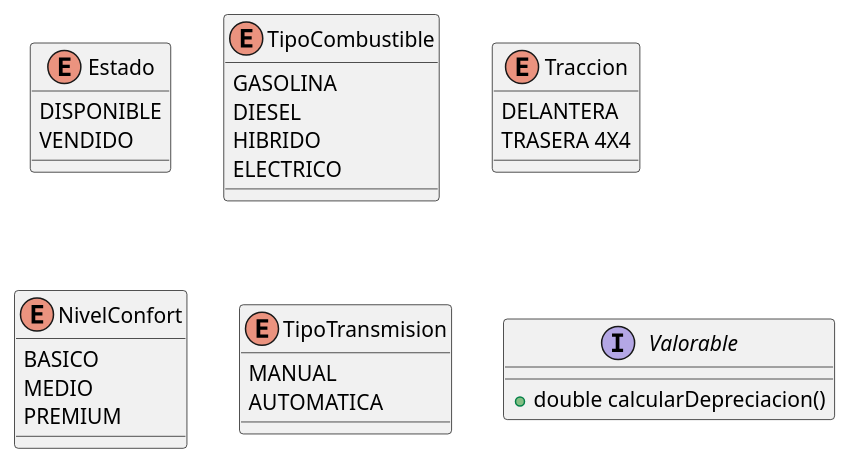
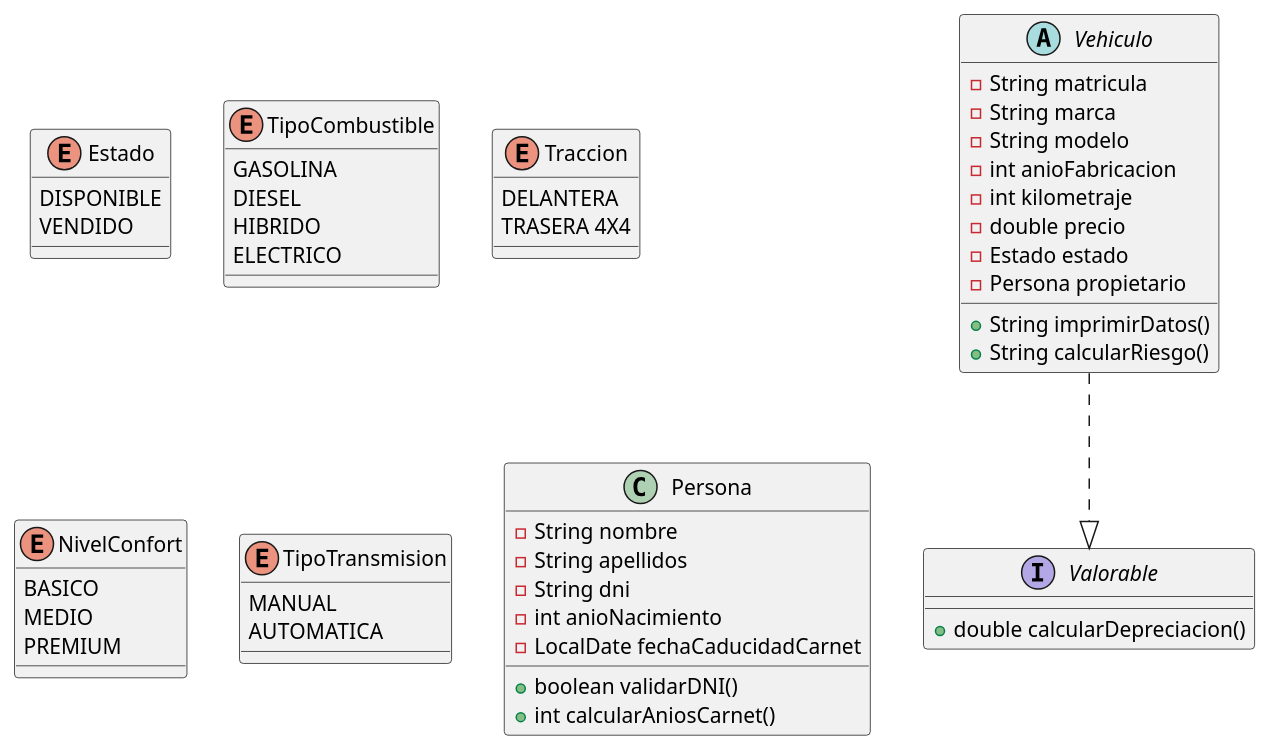
One commit to R-MEduca/UT5_ED_Prog changed the diagram in uml/diagrama_clases.puml. Above: the diagram before and after it, drawn with PlantUML. The commit also changed 1 other file, not shown here.

Commit message:
Añadidas clases vehiculo y perosna

```diff
--- a/uml/diagrama_clases.puml
+++ b/uml/diagrama_clases.puml
@@ -1,36 +1,67 @@
 @startuml
 
 ' === Enumeraciones ===
 enum Estado {
 DISPONIBLE
 VENDIDO
 }
 
 enum TipoCombustible {
 GASOLINA
 DIESEL
 HIBRIDO
 ELECTRICO
 }
 
 enum Traccion {
 DELANTERA
 TRASERA 4X4
 }
 
 enum NivelConfort{
 BASICO
 MEDIO
 PREMIUM
 }
 
 enum TipoTransmision{
 MANUAL
 AUTOMATICA
 }
 
 ' ===Interfaz===
 interface Valorable {
 +double calcularDepreciacion()
 }
+
+' === Clase Persona ===
+class Persona {
+  -String nombre
+  -String apellidos
+  -String dni
+  -int anioNacimiento
+  -LocalDate fechaCaducidadCarnet
+
+  +boolean validarDNI()
+  +int calcularAniosCarnet()
+}
+
+' === Clase abstracta Vehiculo ===
+abstract class Vehiculo {
+  -String matricula
+  -String marca
+  -String modelo
+  -int anioFabricacion
+  -int kilometraje
+  -double precio
+  -Estado estado
+  -Persona propietario
+
+  +String imprimirDatos()
+  +String calcularRiesgo()
+}
+
+Vehiculo ..|> Valorable
+
+
 @enduml
```
